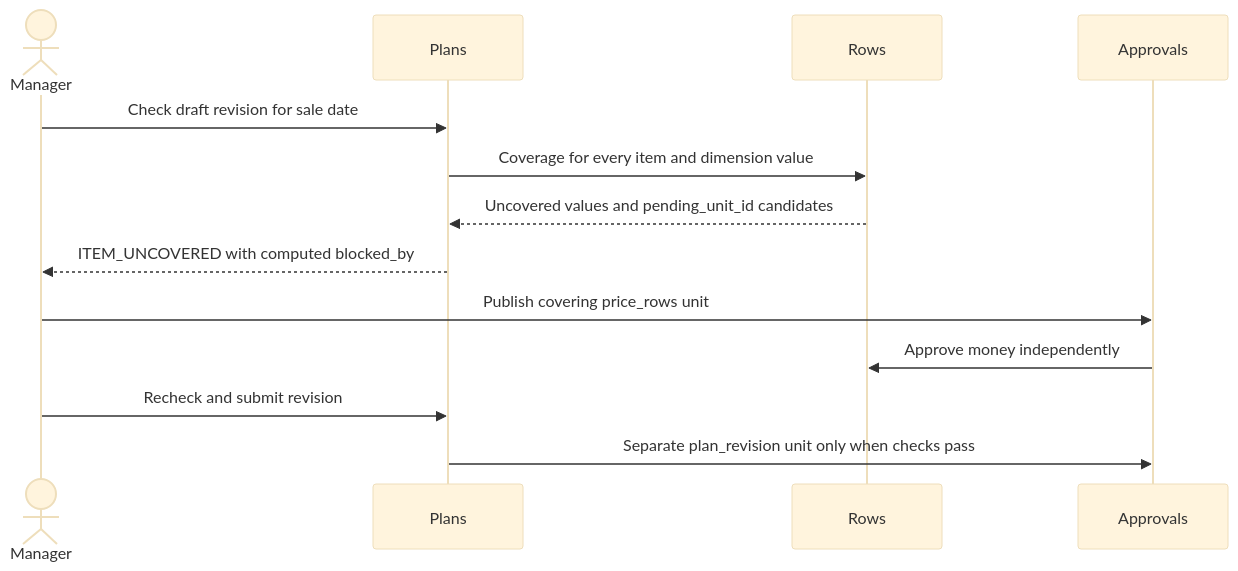
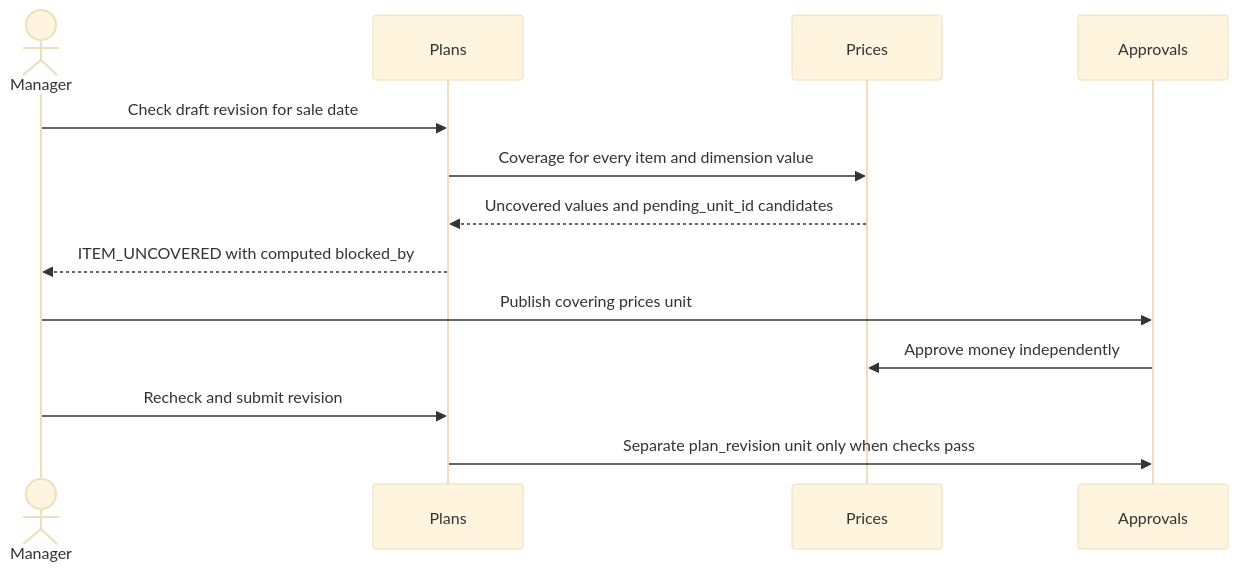
The fifth of 5 diagrams in gears/bss/pricing/docs/DESIGN.md (diffora/gears-rust), drawn with Mermaid (base theme) before and after one commit. The commit also changed other lines of this file and 41 other files, not shown here.

````diff
--- a/gears/bss/pricing/docs/DESIGN.md
+++ b/gears/bss/pricing/docs/DESIGN.md
@@ -380,15 +403,15 @@
 ```mermaid
 sequenceDiagram
   actor Manager
   participant Plans
-  participant Rows
+  participant Prices
   participant Approvals
   Manager->>Plans: Check draft revision for sale date
-  Plans->>Rows: Coverage for every item and dimension value
-  Rows-->>Plans: Uncovered values and pending_unit_id candidates
+  Plans->>Prices: Coverage for every item and dimension value
+  Prices-->>Plans: Uncovered values and pending_unit_id candidates
   Plans-->>Manager: ITEM_UNCOVERED with computed blocked_by
-  Manager->>Approvals: Publish covering price_rows unit
-  Approvals->>Rows: Approve money independently
+  Manager->>Approvals: Publish covering prices unit
+  Approvals->>Prices: Approve money independently
   Manager->>Plans: Recheck and submit revision
   Plans->>Approvals: Separate plan_revision unit only when checks pass
 ```
````
